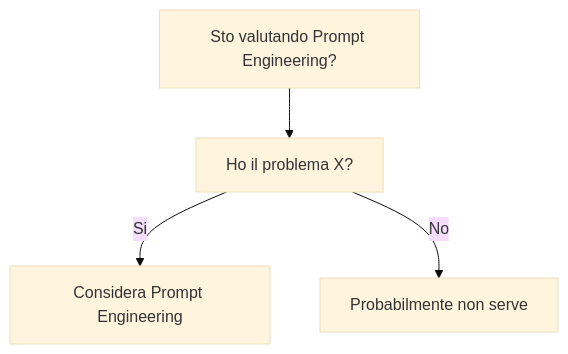
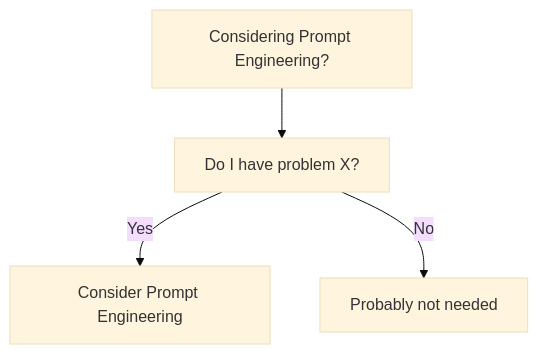
Before and after one commit to HxT9/Software-Dev-Wiki: the diagram in dev-wiki/22_AI_ML_Integration/Prompt_Engineering/When_To_Use.md, drawn with Mermaid (base theme). The commit also changed other lines of this file and 3444 other files, not shown here.

````diff
--- a/dev-wiki/22_AI_ML_Integration/Prompt_Engineering/When_To_Use.md
+++ b/dev-wiki/22_AI_ML_Integration/Prompt_Engineering/When_To_Use.md
@@ -19,6 +19,6 @@
 ```mermaid
 flowchart TD
-  Q[Sto valutando Prompt Engineering?] --> Q1[Ho il problema X?]
-  Q1 -->|Si| OK[Considera Prompt Engineering]
-  Q1 -->|No| NO[Probabilmente non serve]
+  Q[Considering Prompt Engineering?] --> Q1[Do I have problem X?]
+  Q1 -->|Yes| OK[Consider Prompt Engineering]
+  Q1 -->|No| NO[Probably not needed]
 ```
````
